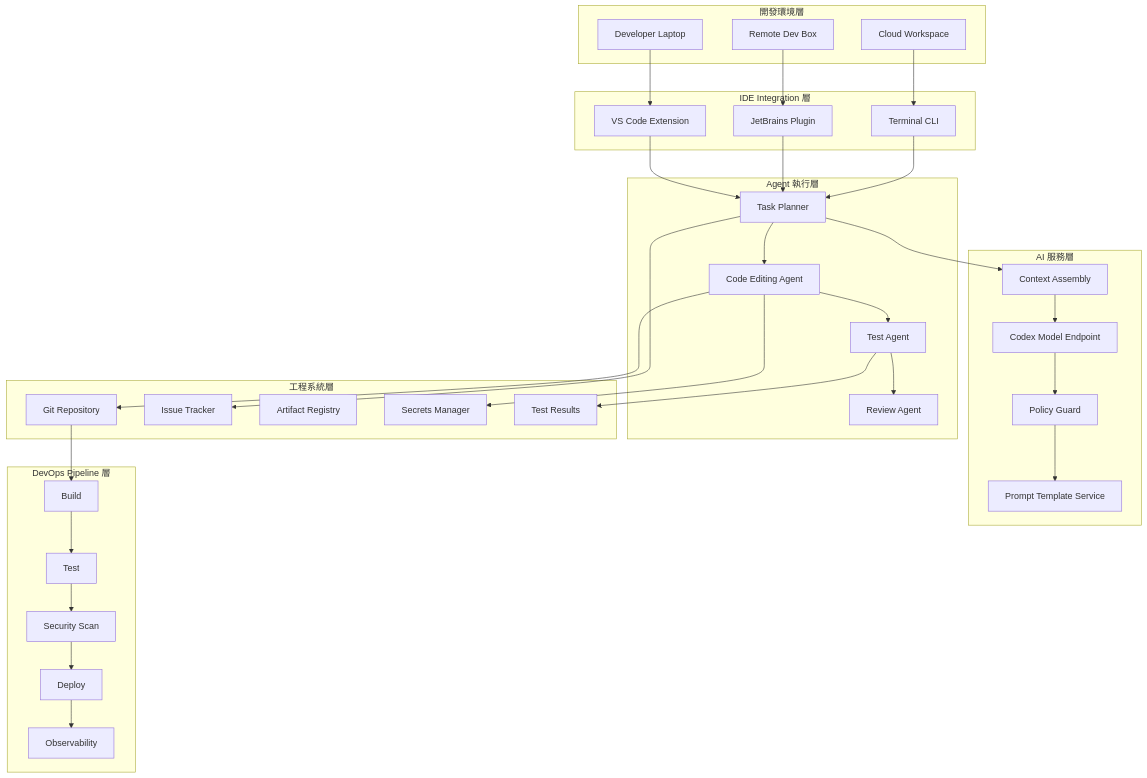
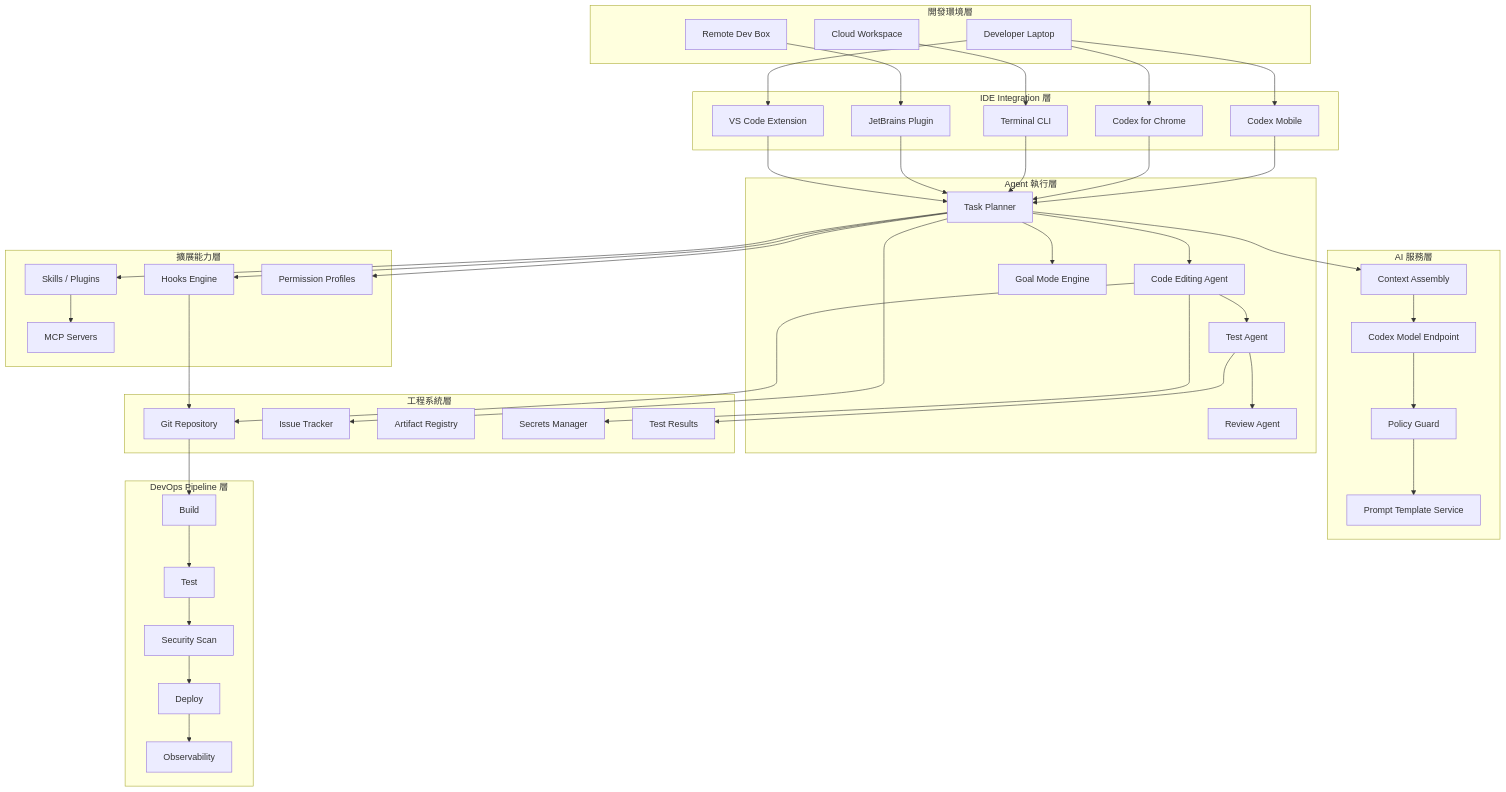
Before and after one commit to chihhung/Blog: the second of 22 diagrams in content/posts/教學/AI開發/OpenAI Codex生態系教學手冊.md, drawn with Mermaid. The commit also changed other lines of this file and 4 other files, not shown here.

```diff
--- a/content/posts/教學/AI開發/OpenAI Codex生態系教學手冊.md
+++ b/content/posts/教學/AI開發/OpenAI Codex生態系教學手冊.md
@@ -1029,6 +1147,8 @@
         I1[VS Code Extension]
         I2[JetBrains Plugin]
         I3[Terminal CLI]
+        I4[Codex for Chrome]
+        I5[Codex Mobile]
     end
 
     subgraph L3[Agent 執行層]
@@ -1036,6 +1156,14 @@
         A2[Code Editing Agent]
         A3[Test Agent]
         A4[Review Agent]
+        A5[Goal Mode Engine]
+    end
+
+    subgraph L3b[擴展能力層]
+        SK[Skills / Plugins]
+        HK[Hooks Engine]
+        PP[Permission Profiles]
+        MC[MCP Servers]
     end
 
     subgraph L4[AI 服務層]
@@ -1064,12 +1192,21 @@
     D1 --> I1
     D2 --> I2
     D3 --> I3
+    D1 --> I4
+    D1 --> I5
     I1 --> A1
     I2 --> A1
     I3 --> A1
+    I4 --> A1
+    I5 --> A1
     A1 --> A2
     A2 --> A3
     A3 --> A4
+    A1 --> A5
+    A1 --> SK
+    A1 --> HK
+    A1 --> PP
+    SK --> MC
     A1 --> S4
     S4 --> S1
     S1 --> S2
@@ -1078,6 +1215,7 @@
     A1 --> G2
     A3 --> G5
     A2 --> G4
+    HK --> G1
     G1 --> P1
     P1 --> P2
     P2 --> P3
```
